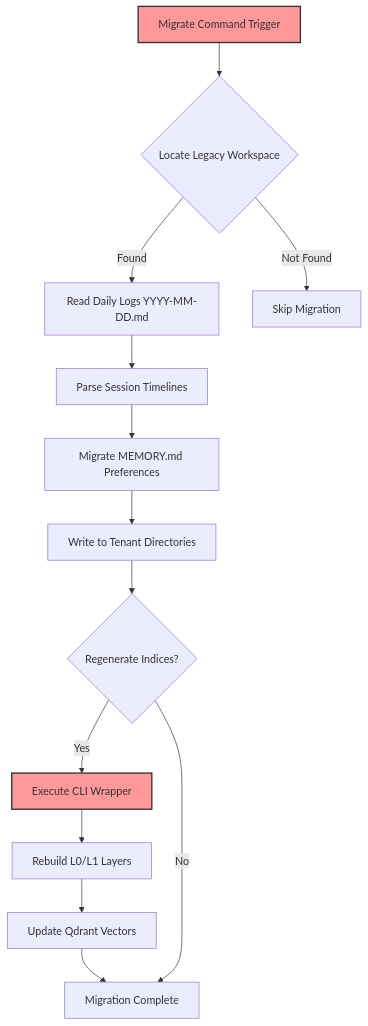
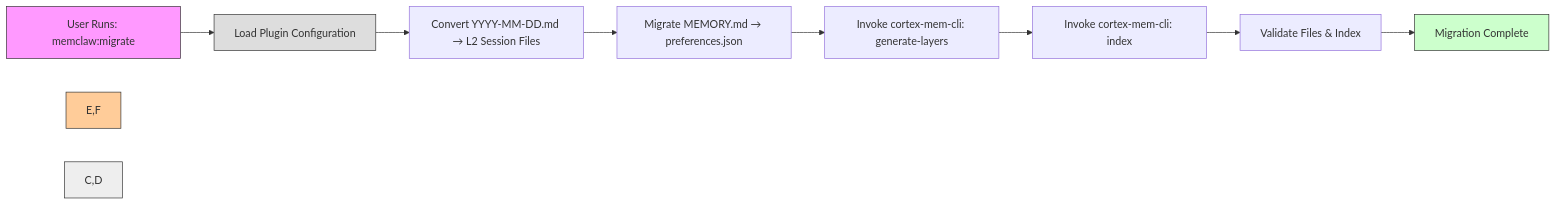
Before and after one commit to sopaco/memclaw: the third of 3 diagrams in litho.docs/en/3.Workflow.md, drawn with Mermaid. The commit also changed other lines of this file and 33 other files, not shown here.

First line of the commit message:
Update Windows binaries to v0.1.10 and refresh architecture documentation

````diff
--- a/litho.docs/en/3.Workflow.md
+++ b/litho.docs/en/3.Workflow.md
@@ -131,18 +273,16 @@
 ```mermaid
-flowchart TD
-    A[Migrate Command Trigger] --> B{Locate Legacy Workspace}
-    B -->|Found| C[Read Daily Logs YYYY-MM-DD.md]
-    B -->|Not Found| Z[Skip Migration]
-    C --> D[Parse Session Timelines]
-    D --> E[Migrate MEMORY.md Preferences]
-    E --> F[Write to Tenant Directories]
-    F --> G{Regenerate Indices?}
-    G -->|Yes| H[Execute CLI Wrapper]
-    H --> I[Rebuild L0/L1 Layers]
-    I --> J[Update Qdrant Vectors]
-    J --> K[Migration Complete]
-    G -->|No| K
+graph LR
+    A[User Runs: memclaw:migrate] --> B[Load Plugin Configuration]
+    B --> C[Convert YYYY-MM-DD.md → L2 Session Files]
+    C --> D[Migrate MEMORY.md → preferences.json]
+    D --> E[Invoke cortex-mem-cli: generate-layers]
+    E --> F[Invoke cortex-mem-cli: index]
+    F --> G[Validate Files & Index]
+    G --> H[Migration Complete]
     
-    style A fill:#ff9999,stroke:#333,stroke-width:2px
-    style H fill:#ff9999,stroke:#333,stroke-width:2px
+    style A fill:#f9f,stroke:#333
+    style H fill:#cfc,stroke:#333
+    style E,F fill:#ffcc99,stroke:#333
+    style B fill:#ddd,stroke:#333
+    style C,D fill:#eee,stroke:#333
 ```
````
